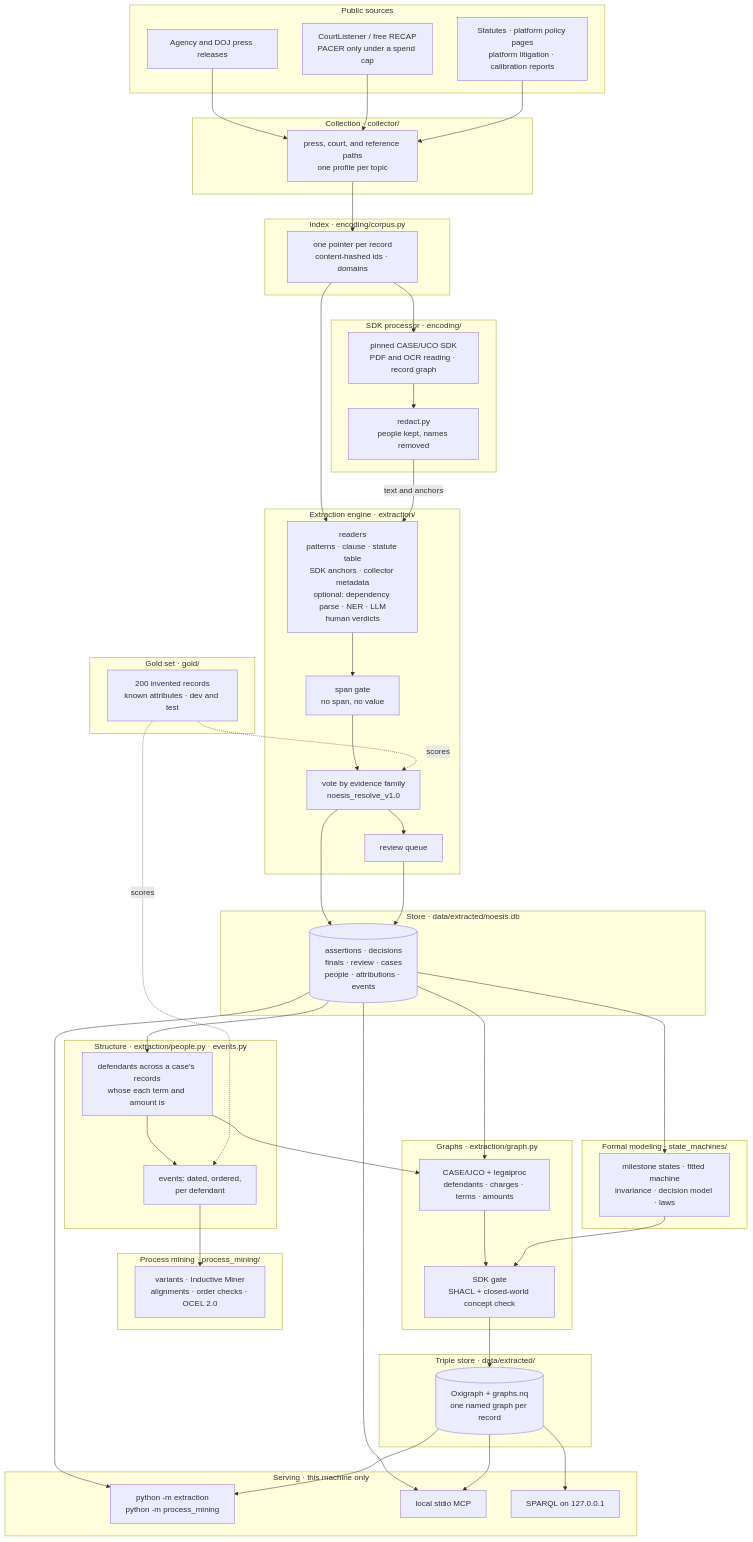
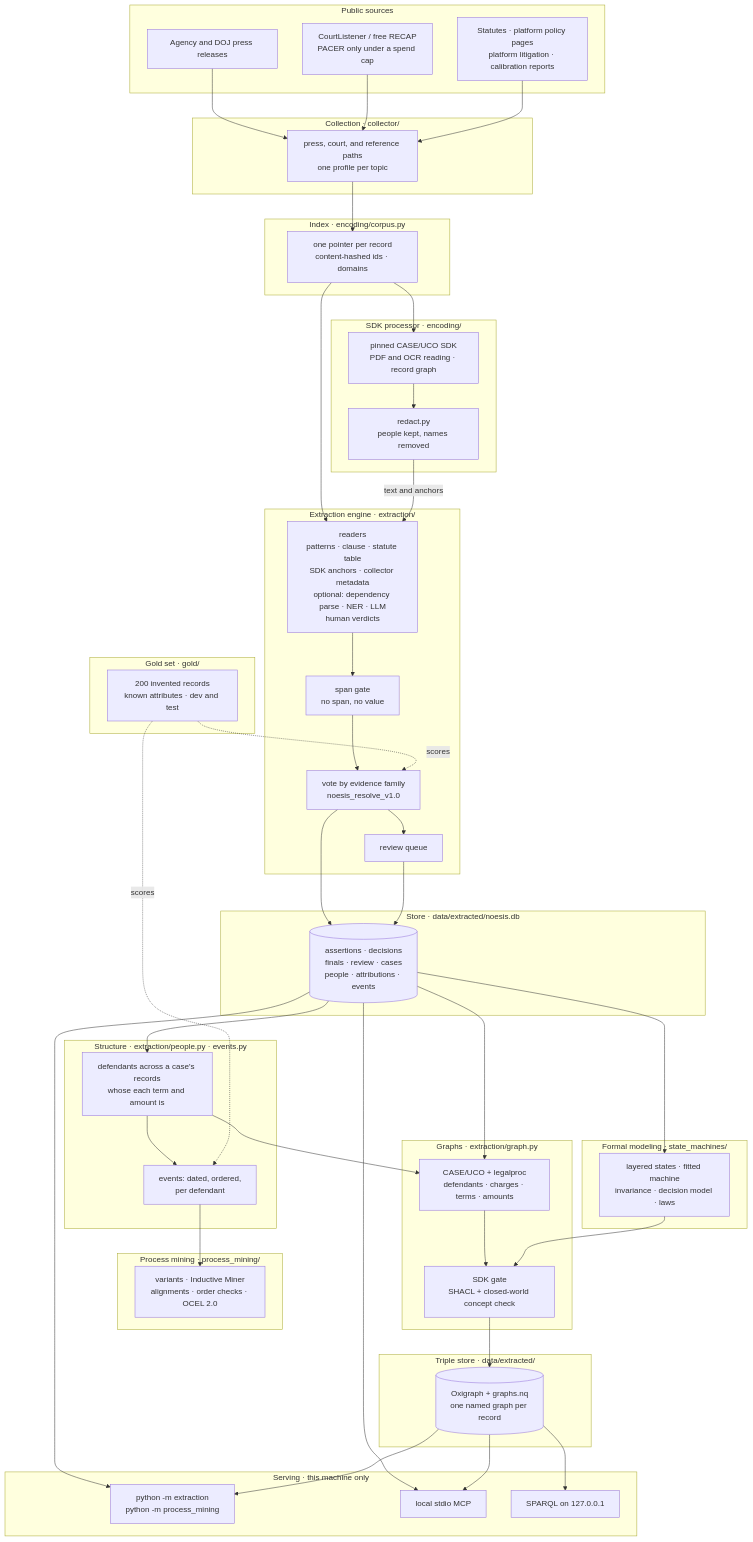
One commit to mrinaalr/CaseNoesis changed the first of 2 diagrams in Architecture design.md. Above: the diagram before and after it, drawn with Mermaid. The commit also changed other lines of this file and 25 other files, not shown here.

First line of the commit message:
state machine: states as data in layers, a crosswalk from the SDK alphabets, readers for any source

```diff
--- a/Architecture design.md
+++ b/Architecture design.md
@@ -92,7 +92,7 @@
   end
 
   subgraph FM["Formal modeling · state_machines/"]
-    ESM["milestone states · fitted machine<br/>invariance · decision model · laws"]
+    ESM["layered states · fitted machine<br/>invariance · decision model · laws"]
   end
 
   subgraph TS["Triple store · data/extracted/"]
```
